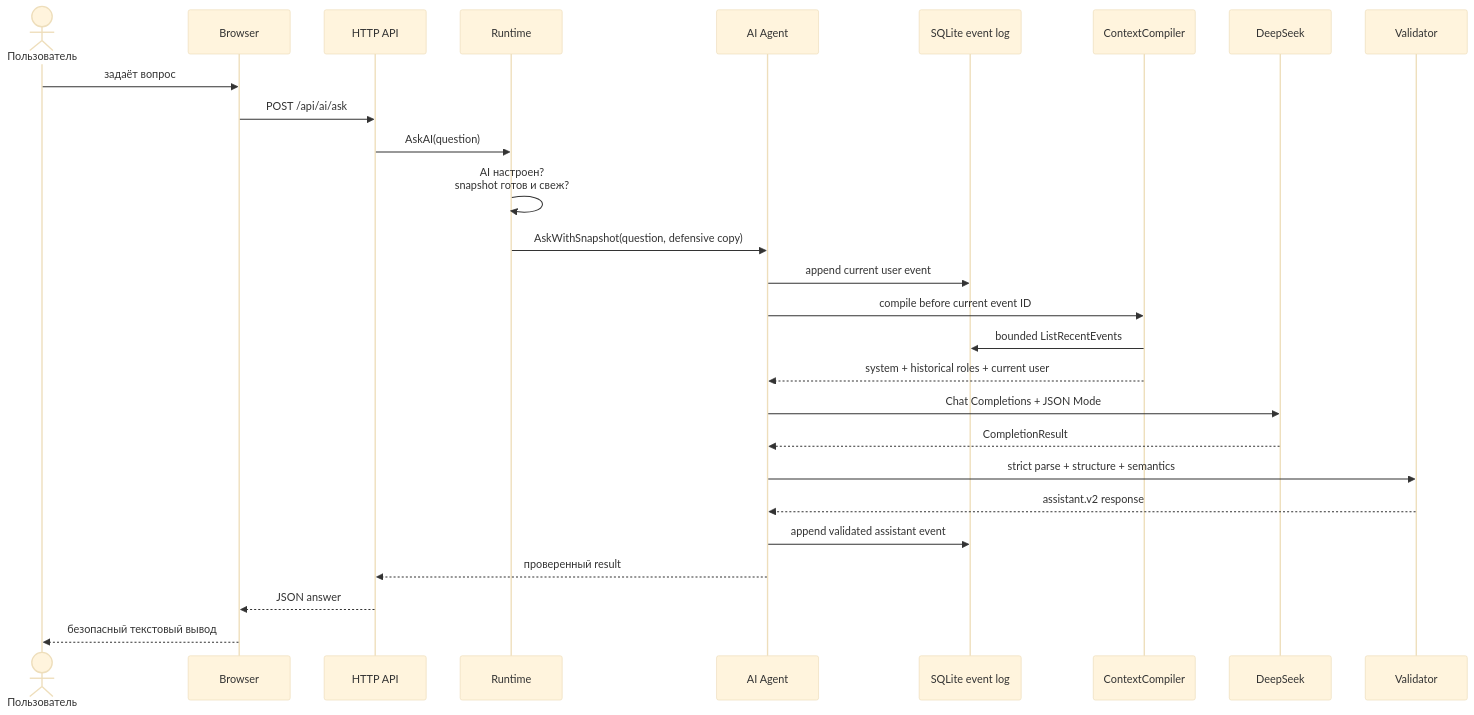
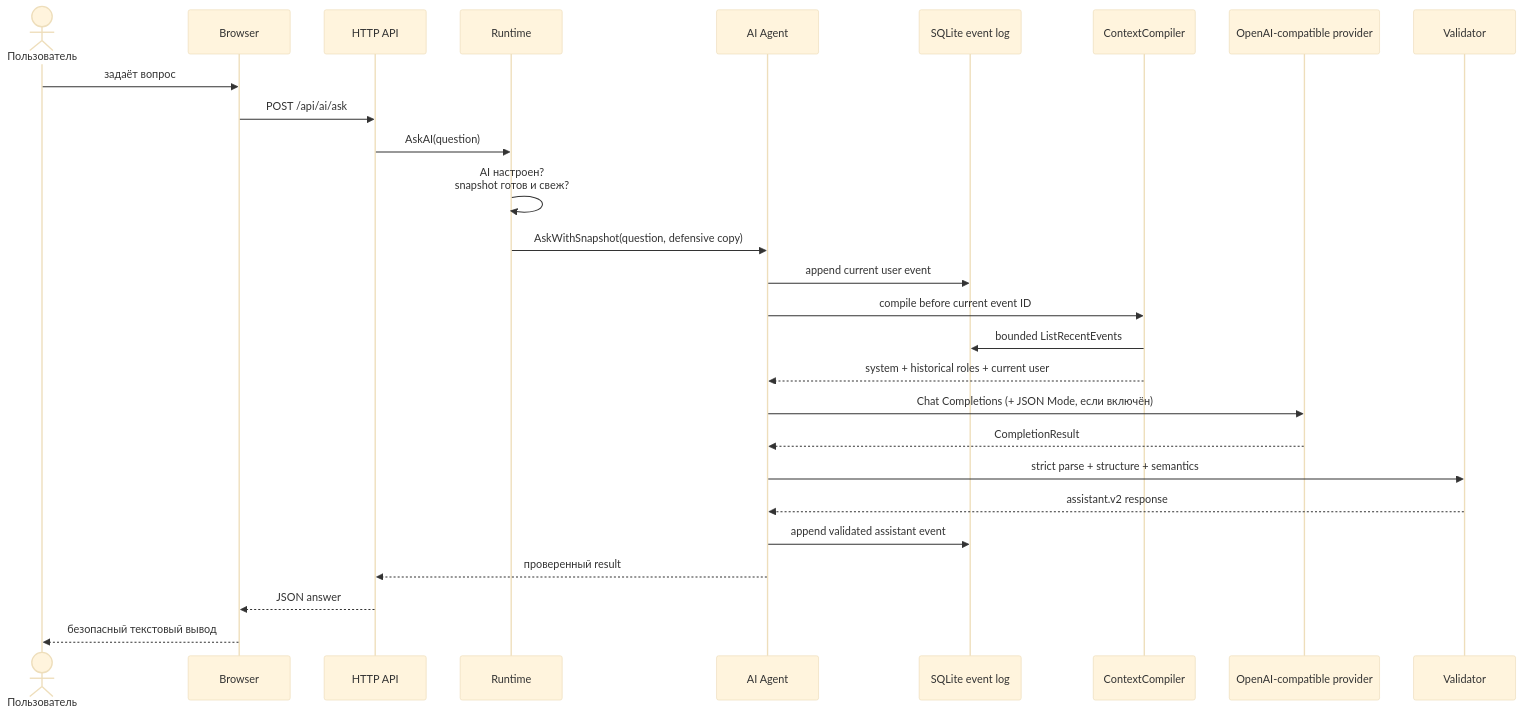
One commit to eugesmt/os-resource-monitor-ai changed the fourth of 7 diagrams in README.md. Above: the diagram before and after it, drawn with Mermaid (base theme). The commit also changed other lines of this file and 52 other files, not shown here.

````diff
--- a/README.md
+++ b/README.md
@@ -239,30 +376,30 @@
 ```mermaid
 sequenceDiagram
     actor User as Пользователь
     participant Browser
     participant API as HTTP API
     participant Runtime
     participant Agent as AI Agent
     participant Store as SQLite event log
     participant Compiler as ContextCompiler
-    participant DeepSeek
+    participant Provider as OpenAI-compatible provider
     participant Validator
 
     User->>Browser: задаёт вопрос
     Browser->>API: POST /api/ai/ask
     API->>Runtime: AskAI(question)
     Runtime->>Runtime: AI настроен?<br/>snapshot готов и свеж?
     Runtime->>Agent: AskWithSnapshot(question, defensive copy)
     Agent->>Store: append current user event
     Agent->>Compiler: compile before current event ID
     Compiler->>Store: bounded ListRecentEvents
     Compiler-->>Agent: system + historical roles + current user
-    Agent->>DeepSeek: Chat Completions + JSON Mode
-    DeepSeek-->>Agent: CompletionResult
+    Agent->>Provider: Chat Completions (+ JSON Mode, если включён)
+    Provider-->>Agent: CompletionResult
     Agent->>Validator: strict parse + structure + semantics
     Validator-->>Agent: assistant.v2 response
     Agent->>Store: append validated assistant event
     Agent-->>API: проверенный result
     API-->>Browser: JSON answer
     Browser-->>User: безопасный текстовый вывод
 ```
````
